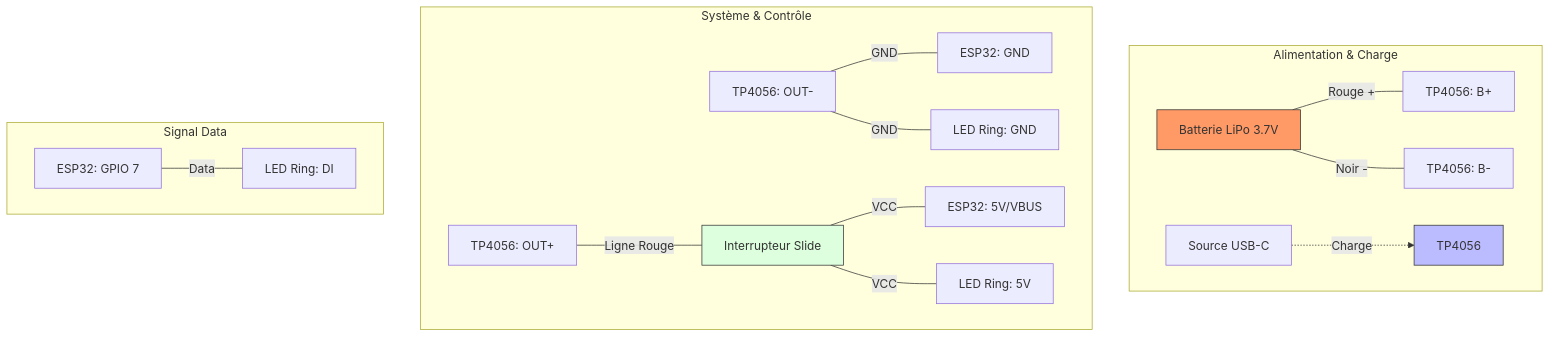
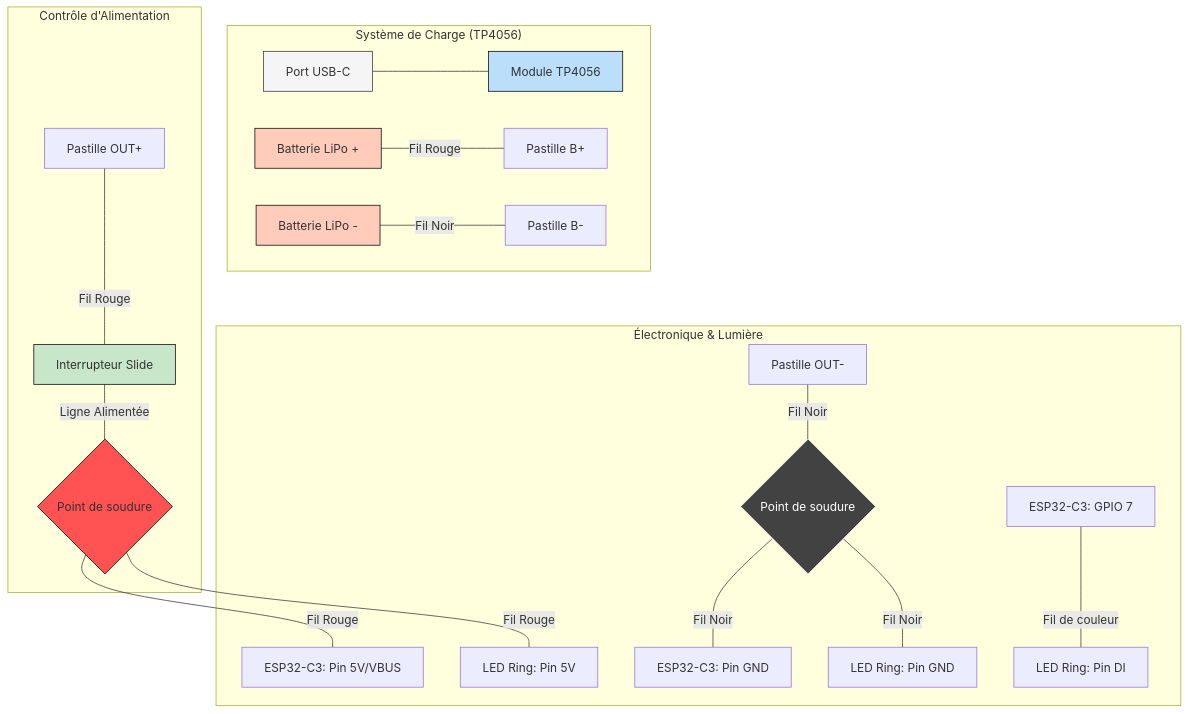
One commit to kazeyoba/StarFox-Reflector-DIY-ESP32-C3-version changed the diagram in README.md. Above: the diagram before and after it, drawn with Mermaid.

Commit message:
update graph

````diff
--- a/README.md
+++ b/README.md
@@ -26,26 +26,39 @@
 ```mermaid
 graph TD
-    subgraph "Alimentation & Charge"
-    B[Batterie LiPo 3.7V] ---|Rouge +| B_Plus[TP4056: B+]
-    B ---|Noir -| B_Moins[TP4056: B-]
-    USB[Source USB-C] -.->|Charge| TP[TP4056]
+    %% Source d'énergie
+    subgraph "Système de Charge (TP4056)"
+        USB[Port USB-C] --- TP[Module TP4056]
+        B_POS[Batterie LiPo +] ---|Fil Rouge| TP_B_PLUS[Pastille B+]
+        B_NEG[Batterie LiPo -] ---|Fil Noir| TP_B_MOINS[Pastille B-]
     end
 
-    subgraph "Système & Contrôle"
-    OUT_M[TP4056: OUT-] ---|GND| ESP_GND[ESP32: GND]
-    OUT_M ---|GND| LED_GND[LED Ring: GND]
-    
-    OUT_P[TP4056: OUT+] ---|Ligne Rouge| SW[Interrupteur Slide]
-    SW ---|VCC| ESP_5V[ESP32: 5V/VBUS]
-    SW ---|VCC| LED_5V[LED Ring: 5V]
+    %% Coupure et Distribution
+    subgraph "Contrôle d'Alimentation"
+        TP_OUT_P[Pastille OUT+] ---|Fil Rouge| SW[Interrupteur Slide]
+        SW ---|Ligne Alimentée| VCC_JOIN{Point de soudure}
     end
 
-    subgraph "Signal Data"
-    D7[ESP32: GPIO 7] ---|Data| DIN[LED Ring: DI]
+    %% Composants Actifs
+    subgraph "Électronique & Lumière"
+        %% Alimentation Positive
+        VCC_JOIN ---|Fil Rouge| ESP_5V[ESP32-C3: Pin 5V/VBUS]
+        VCC_JOIN ---|Fil Rouge| LED_5V[LED Ring: Pin 5V]
+
+        %% Masse Commune (GND)
+        TP_OUT_M[Pastille OUT-] ---|Fil Noir| GND_JOIN{Point de soudure}
+        GND_JOIN ---|Fil Noir| ESP_GND[ESP32-C3: Pin GND]
+        GND_JOIN ---|Fil Noir| LED_GND[LED Ring: Pin GND]
+
+        %% Signal Data
+        ESP_D7[ESP32-C3: GPIO 7] ---|Fil de couleur| LED_DI[LED Ring: Pin DI]
     end
 
-    style B fill:#f96,stroke:#333
-    style SW fill:#dfd,stroke:#333
-    style TP fill:#bbf,stroke:#333
-
+    %% Styles
+    style USB fill:#f5f5f5,stroke:#333
+    style TP fill:#bbdefb,stroke:#000
+    style SW fill:#c8e6c9,stroke:#000
+    style B_POS fill:#ffccbc,stroke:#000
+    style B_NEG fill:#ffccbc,stroke:#000
+    style VCC_JOIN fill:#ff5252,stroke:#000
+    style GND_JOIN fill:#424242,stroke:#fff,color:#fff
 ```
````
